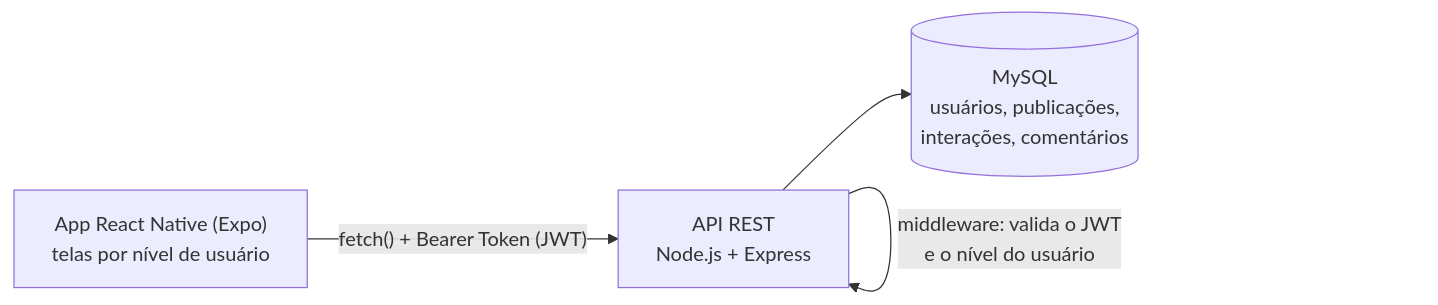
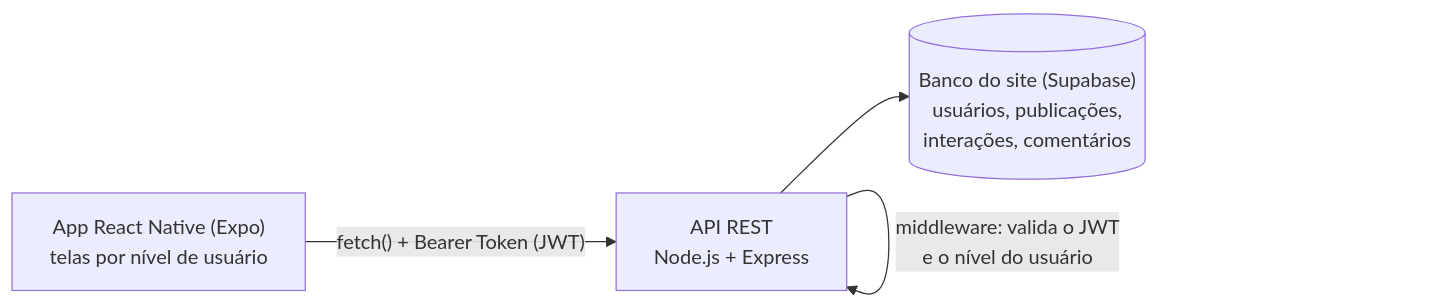
Before and after one commit to anasprenger/conexaopais.app: the second of 6 diagrams in README.md, drawn with Mermaid. The commit also changed other lines of this file and 4 other files, not shown here.

First line of the commit message:
docs: README, dicionário de dados e roteiro da apresentação com o banco do site

````diff
--- a/README.md
+++ b/README.md
@@ -70,6 +113,6 @@
 ```mermaid
 flowchart LR
     APP["App React Native (Expo)<br/>telas por nível de usuário"] -->|"fetch() + Bearer Token (JWT)"| API["API REST<br/>Node.js + Express"]
     API -->|"middleware: valida o JWT<br/>e o nível do usuário"| API
-    API --> DB[("MySQL<br/>usuários, publicações,<br/>interações, comentários")]
+    API --> DB[("Banco do site (Supabase)<br/>usuários, publicações,<br/>interações, comentários")]
 ```
````
